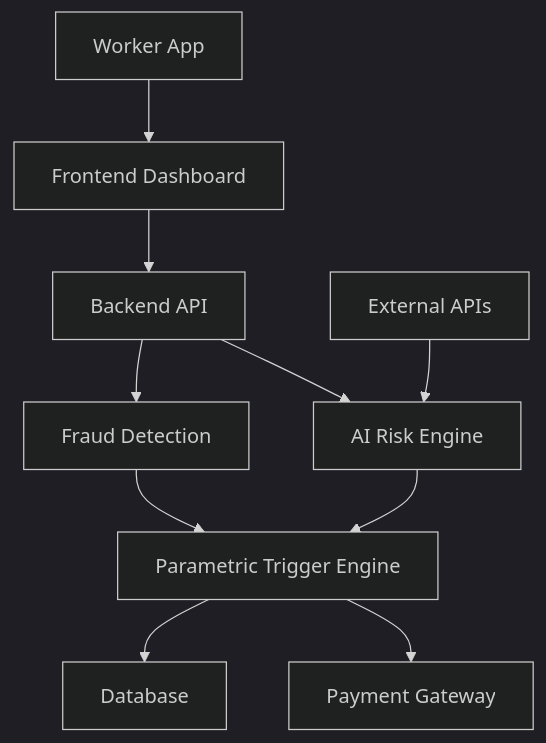
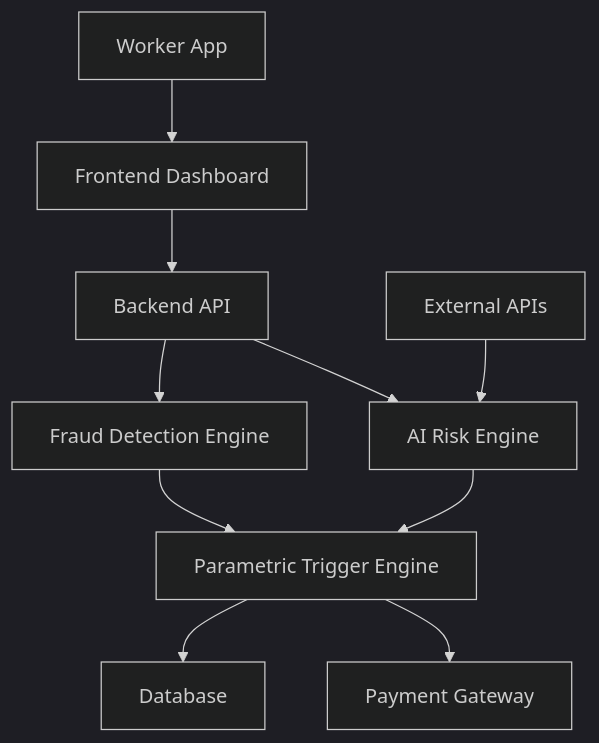
One commit to Arnav301/Guidewire changed the first of 2 diagrams in Readme.md. Above: the diagram before and after it, drawn with Mermaid (dark theme). The commit also changed other lines of this file, not shown here.

````diff
--- a/Readme.md
+++ b/Readme.md
@@ -75,23 +75,23 @@
 ```mermaid
 flowchart TD
 
 A[Worker App]
 B[Frontend Dashboard]
 C[Backend API]
 D[AI Risk Engine]
 E[Parametric Trigger Engine]
-F[Fraud Detection]
+F[Fraud Detection Engine]
 G[External APIs]
 H[Payment Gateway]
 I[Database]
 
 A --> B
 B --> C
 C --> D
 C --> F
 D --> E
 F --> E
 E --> H
 E --> I
 G --> D
 ```
````
